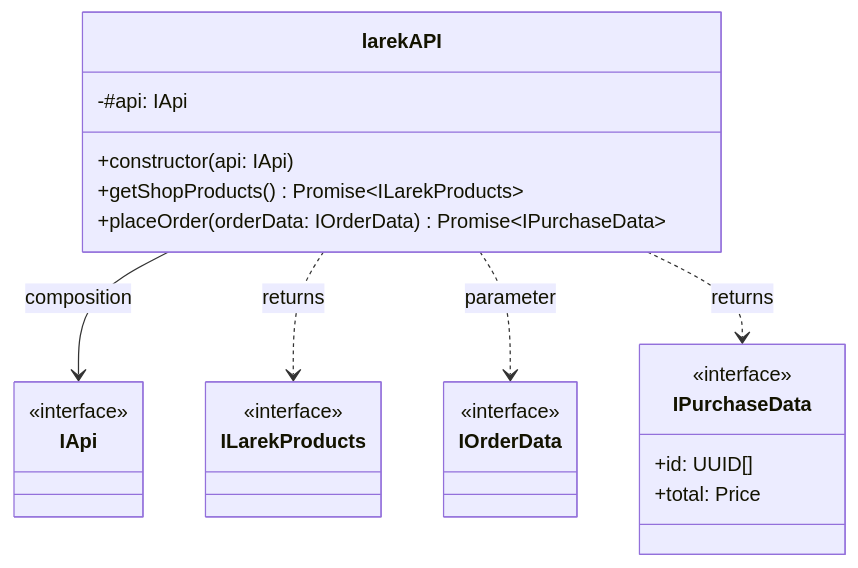
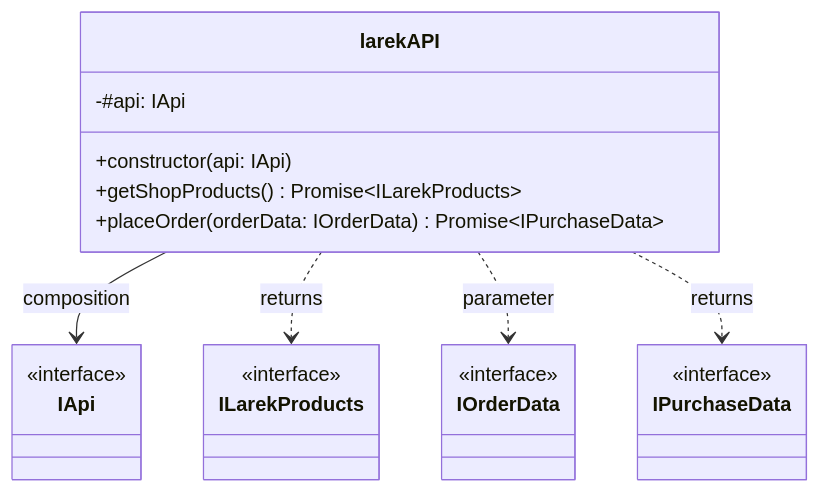
One commit to vvk2020/weblarek changed diagram 18 of 18 in README.md. Above: the diagram before and after it, drawn with Mermaid.

````diff
--- a/README.md
+++ b/README.md
@@ -1268,32 +1268,30 @@
 ```mermaid
 classDiagram
     class larekAPI {
         -#api: IApi
         +constructor(api: IApi)
         +getShopProducts() Promise~ILarekProducts~
         +placeOrder(orderData: IOrderData) Promise~IPurchaseData~
     }
 
     class IApi {
         <<interface>>
     }
 
     class ILarekProducts {
         <<interface>>
     }
 
     class IOrderData {
         <<interface>>
     }
 
     class IPurchaseData {
         <<interface>>
-        +id: UUID[]
-        +total: Price
     }
 
     larekAPI --> IApi : composition
     larekAPI ..> ILarekProducts : returns
     larekAPI ..> IOrderData : parameter
     larekAPI ..> IPurchaseData : returns
 ```
````
